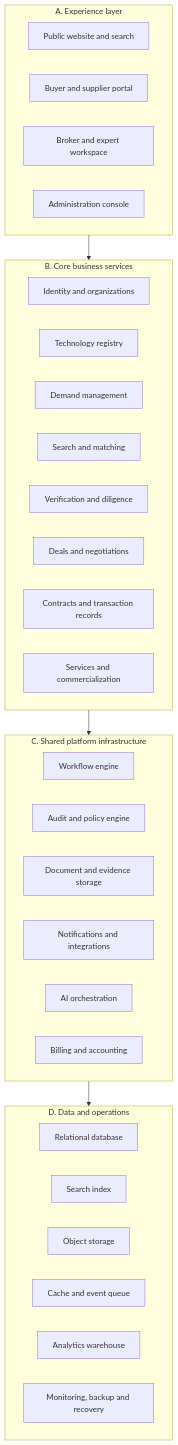
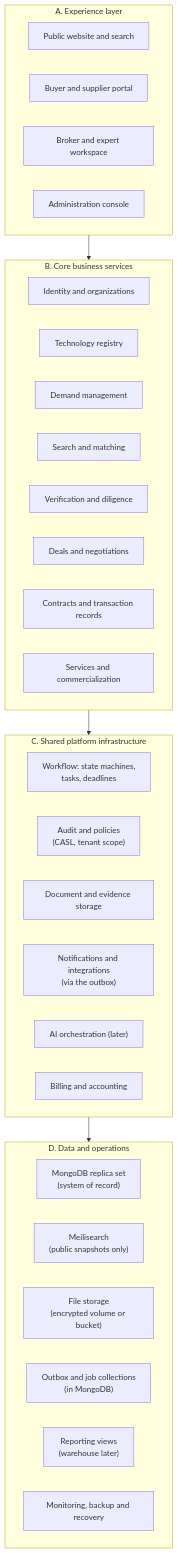
Before and after one commit to greensoft-atom/tex-platform: the second of 21 diagrams in 05-system-design-blueprint.md, drawn with Mermaid. The commit also changed other lines of this file and 615 other files, not shown here.

````diff
--- a/05-system-design-blueprint.md
+++ b/05-system-design-blueprint.md
@@ -135,38 +147,38 @@
 ```mermaid
 flowchart TB
     subgraph A["A. Experience layer"]
         A1["Public website and search"]
         A2["Buyer and supplier portal"]
         A3["Broker and expert workspace"]
         A4["Administration console"]
     end
     subgraph B["B. Core business services"]
         B1["Identity and organizations"]
         B2["Technology registry"]
         B3["Demand management"]
         B4["Search and matching"]
         B5["Verification and diligence"]
         B6["Deals and negotiations"]
         B7["Contracts and transaction records"]
         B8["Services and commercialization"]
     end
     subgraph C["C. Shared platform infrastructure"]
-        C1["Workflow engine"]
-        C2["Audit and policy engine"]
+        C1["Workflow: state machines,<br/>tasks, deadlines"]
+        C2["Audit and policies<br/>(CASL, tenant scope)"]
         C3["Document and evidence storage"]
-        C4["Notifications and integrations"]
-        C5["AI orchestration"]
+        C4["Notifications and integrations<br/>(via the outbox)"]
+        C5["AI orchestration (later)"]
         C6["Billing and accounting"]
     end
     subgraph D["D. Data and operations"]
-        D1["Relational database"]
-        D2["Search index"]
-        D3["Object storage"]
-        D4["Cache and event queue"]
-        D5["Analytics warehouse"]
+        D1["MongoDB replica set<br/>(system of record)"]
+        D2["Meilisearch<br/>(public snapshots only)"]
+        D3["File storage<br/>(encrypted volume or bucket)"]
+        D4["Outbox and job collections<br/>(in MongoDB)"]
+        D5["Reporting views<br/>(warehouse later)"]
         D6["Monitoring, backup and recovery"]
     end
     A --> B
     B --> C
     C --> D
 ```
````
